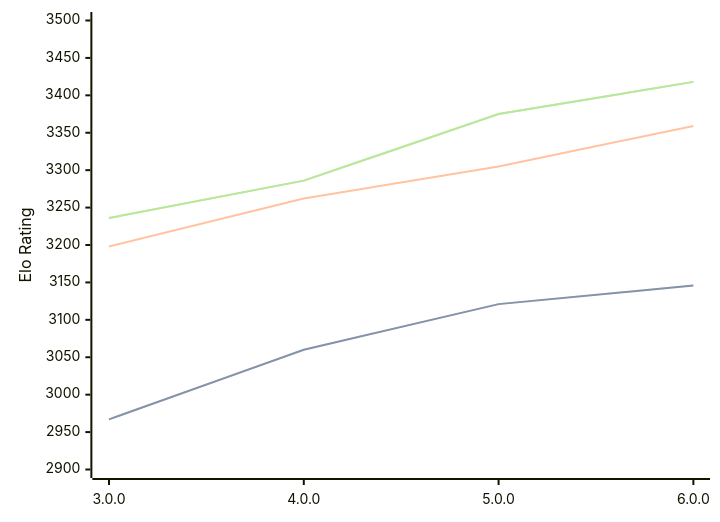
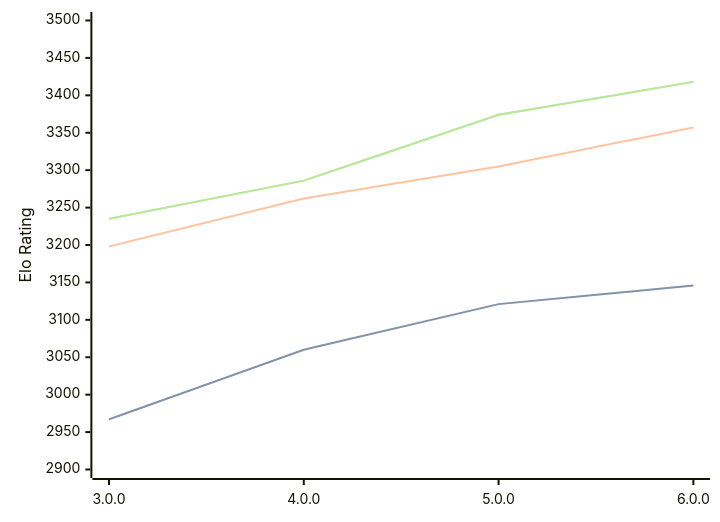
One commit to computer-chess-index/cci changed the diagram in engines/Minke.md. Above: the diagram before and after it, drawn with Mermaid. The commit also changed other lines of this file, not shown here.

Commit message:
Update CCI Ratings (ELO VLTC) - 2026-08-07

````diff
--- a/engines/Minke.md
+++ b/engines/Minke.md
@@ -34,11 +34,11 @@
 ```mermaid
 %%{init: {"theme":"base","themeVariables":{"seriesColors:['#a3a3a3','#222221','#faa371']}}}%%
 xychart-beta
   x-axis ["3.0.0", "4.0.0", "5.0.0", "6.0.0"]
   y-axis "Elo Rating" 2900 --> 3500
   line "STC (8.0+0.08s)" [2967, 3060, 3121, 3146]
   line "STC (8.0+0.08s)" [2967, 3060, 3121, 3146]
-  line "LTC (60.0+0.60s)" [3198, 3262, 3305, 3359]
-  line "VLTC (2m24s+1.12s)" [3236, 3286, 3375, 3418]
-  line "VLTC (2m24s+1.12s)" [3236, 3286, 3375, 3418]
+  line "LTC (60.0+0.60s)" [3198, 3262, 3305, 3357]
+  line "VLTC (2m24s+1.12s)" [3235, 3286, 3374, 3418]
+  line "VLTC (2m24s+1.12s)" [3235, 3286, 3374, 3418]
 ```
````
